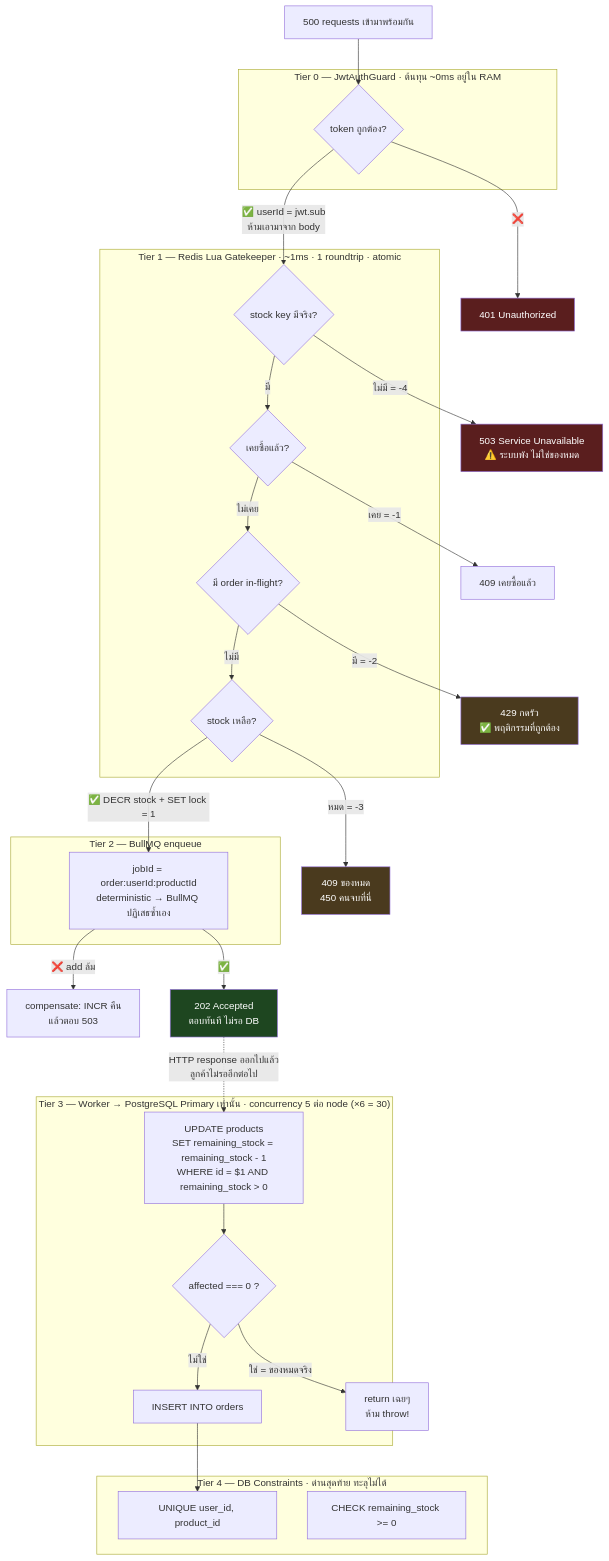
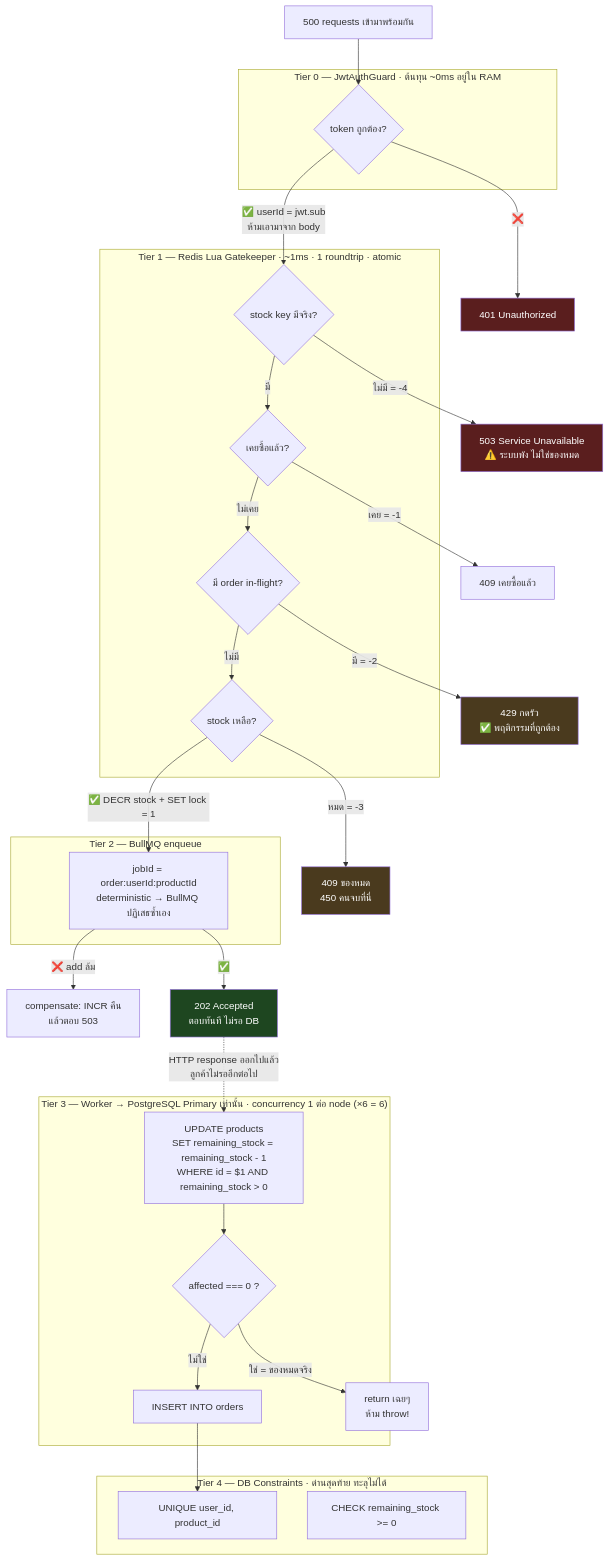
The seventh of 10 diagrams in docs/Architecture/architecture-primer.md (tophbeifong123/mini-project-backend-mobile), drawn with Mermaid before and after one commit. The commit also changed other lines of this file and 7 other files, not shown here.

First line of the commit message:
docs: sync architecture docs to the deployed config

````diff
--- a/docs/Architecture/architecture-primer.md
+++ b/docs/Architecture/architecture-primer.md
@@ -537,68 +537,68 @@
 ```mermaid
 flowchart TD
     START["500 requests เข้ามาพร้อมกัน"]
 
     R401["401 Unauthorized"]
     R503["503 Service Unavailable<br/>⚠️ ระบบพัง ไม่ใช่ของหมด"]
     R409A["409 เคยซื้อแล้ว"]
     R429["429 กดรัว<br/>✅ พฤติกรรมที่ถูกต้อง"]
     R409B["409 ของหมด<br/>450 คนจบที่นี่"]
     COMP["compensate: INCR คืน<br/>แล้วตอบ 503"]
     R202["202 Accepted<br/>ตอบทันที ไม่รอ DB"]
     WR["return เฉยๆ<br/>ห้าม throw!"]
 
     START --> T0A
 
     subgraph T0["Tier 0 — JwtAuthGuard · ต้นทุน ~0ms อยู่ใน RAM"]
         T0A{"token ถูกต้อง?"}
     end
 
     T0A -->|❌| R401
     T0A -->|"✅ userId = jwt.sub<br/>ห้ามเอามาจาก body"| L1
 
     subgraph T1["Tier 1 — Redis Lua Gatekeeper · ~1ms · 1 roundtrip · atomic"]
         L1{"stock key มีจริง?"}
         L2{"เคยซื้อแล้ว?"}
         L3{"มี order in-flight?"}
         L4{"stock เหลือ?"}
         L1 -->|มี| L2
         L2 -->|ไม่เคย| L3
         L3 -->|ไม่มี| L4
     end
 
     L1 -->|"ไม่มี = -4"| R503
     L2 -->|"เคย = -1"| R409A
     L3 -->|"มี = -2"| R429
     L4 -->|"หมด = -3"| R409B
     L4 -->|"✅ DECR stock + SET lock = 1"| Q1
 
     subgraph T2["Tier 2 — BullMQ enqueue"]
         Q1["jobId = order:userId:productId<br/>deterministic → BullMQ ปฏิเสธซ้ำเอง"]
     end
 
     Q1 -->|"❌ add ล้ม"| COMP
     Q1 -->|✅| R202
     R202 -.->|"HTTP response ออกไปแล้ว<br/>ลูกค้าไม่รออีกต่อไป"| W1
 
-    subgraph T3["Tier 3 — Worker → PostgreSQL Primary เท่านั้น · concurrency 5 ต่อ node (×6 = 30)"]
+    subgraph T3["Tier 3 — Worker → PostgreSQL Primary เท่านั้น · concurrency 1 ต่อ node (×6 = 6)"]
         W1["UPDATE products<br/>SET remaining_stock = remaining_stock - 1<br/>WHERE id = $1 AND remaining_stock &gt; 0"]
         W2{"affected === 0 ?"}
         W3["INSERT INTO orders"]
         W1 --> W2
         W2 -->|ไม่ใช่| W3
     end
 
     W2 -->|"ใช่ = ของหมดจริง"| WR
     W3 --> C1
 
     subgraph T4["Tier 4 — DB Constraints · ด่านสุดท้าย ทะลุไม่ได้"]
         C1["UNIQUE user_id, product_id"]
         C2["CHECK remaining_stock &gt;= 0"]
     end
 
     style R202 fill:#1e4620,color:#fff
     style R409B fill:#4a3a1e,color:#fff
     style R429 fill:#4a3a1e,color:#fff
     style R503 fill:#5a1e1e,color:#fff
     style R401 fill:#5a1e1e,color:#fff
 ```
````
